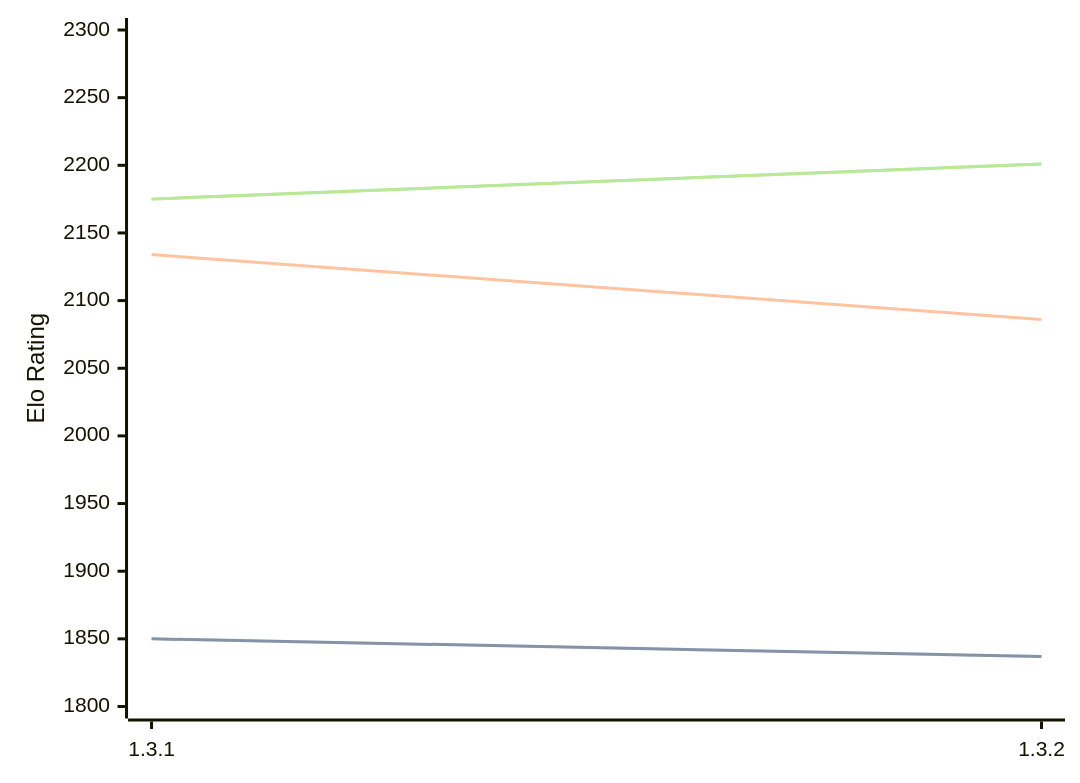
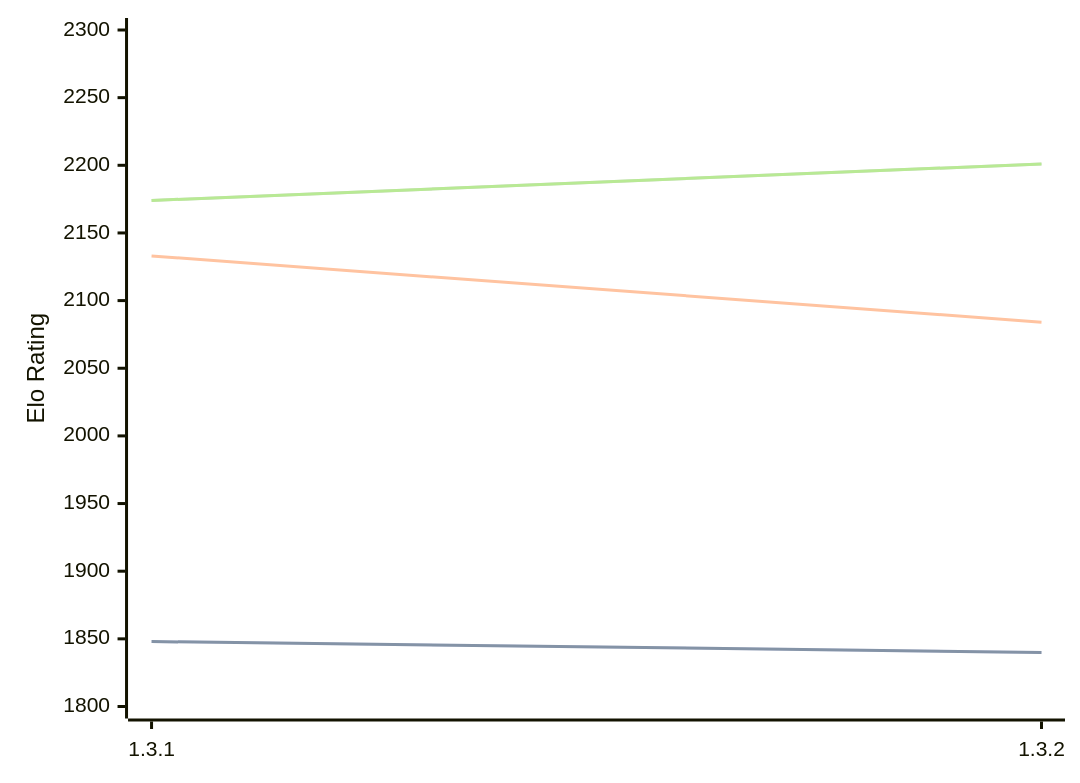
The diagram in engines/Zugblitz.md (computer-chess-index/cci), drawn with Mermaid before and after one commit. The commit also changed other lines of this file, not shown here.

Commit message:
Update CCI Ratings (ELO VLTC) - 2026-08-04

````diff
--- a/engines/Zugblitz.md
+++ b/engines/Zugblitz.md
@@ -32,11 +32,11 @@
 ```mermaid
 %%{init: {"theme":"base","themeVariables":{"seriesColors:['#a3a3a3','#222221','#faa371']}}}%%
 xychart-beta
   x-axis ["1.3.1", "1.3.2"]
   y-axis "Elo Rating" 1800 --> 2300
-  line "STC (8.0+0.08s)" [1850, 1837]
-  line "STC (8.0+0.08s)" [1850, 1837]
-  line "LTC (60.0+0.60s)" [2134, 2086]
-  line "VLTC (2m24s+1.12s)" [2175, 2201]
-  line "VLTC (2m24s+1.12s)" [2175, 2201]
+  line "STC (8.0+0.08s)" [1848, 1840]
+  line "STC (8.0+0.08s)" [1848, 1840]
+  line "LTC (60.0+0.60s)" [2133, 2084]
+  line "VLTC (2m24s+1.12s)" [2174, 2201]
+  line "VLTC (2m24s+1.12s)" [2174, 2201]
 ```
````
